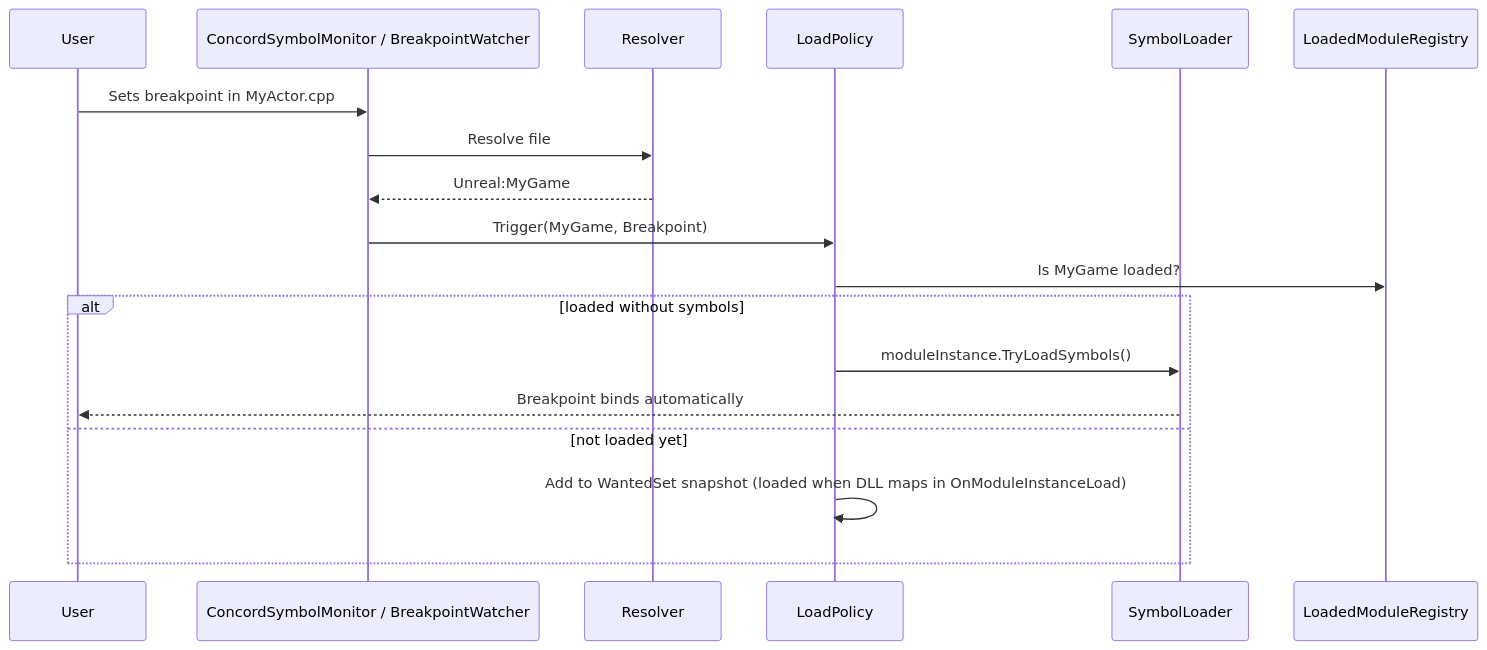
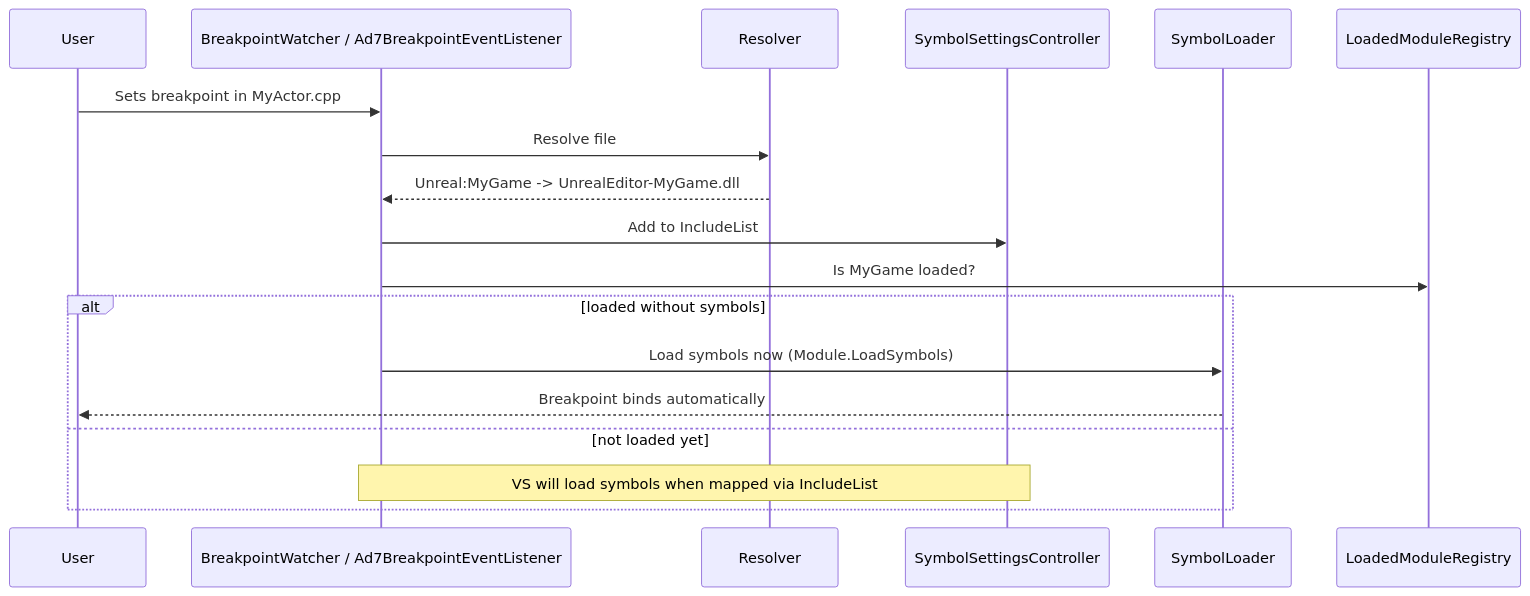
Before and after one commit to mattshepcar/VSOnDemandSymbols: the third of 3 diagrams in docs/ARCHITECTURE.md, drawn with Mermaid. The commit also changed other lines of this file and 8 other files, not shown here.

Commit message:
docs: simplify architecture and plan per D-20 (drop MRU and pinning)

````diff
--- a/docs/ARCHITECTURE.md
+++ b/docs/ARCHITECTURE.md
@@ -131,20 +125,20 @@
 ```mermaid
 sequenceDiagram
     participant U as User
-    participant C as ConcordSymbolMonitor / BreakpointWatcher
+    participant BW as BreakpointWatcher / Ad7BreakpointEventListener
     participant R as Resolver
-    participant P as LoadPolicy
+    participant S as SymbolSettingsController
     participant L as SymbolLoader
     participant M as LoadedModuleRegistry
-    U->>C: Sets breakpoint in MyActor.cpp
-    C->>R: Resolve file
-    R-->>C: Unreal:MyGame
-    C->>P: Trigger(MyGame, Breakpoint)
-    P->>M: Is MyGame loaded?
+    U->>BW: Sets breakpoint in MyActor.cpp
+    BW->>R: Resolve file
+    R-->>BW: Unreal:MyGame -> UnrealEditor-MyGame.dll
+    BW->>S: Add to IncludeList
+    BW->>M: Is MyGame loaded?
     alt loaded without symbols
-        P->>L: moduleInstance.TryLoadSymbols()
+        BW->>L: Load symbols now (Module.LoadSymbols)
         L-->>U: Breakpoint binds automatically
     else not loaded yet
-        P->>P: Add to WantedSet snapshot (loaded when DLL maps in OnModuleInstanceLoad)
+        Note over BW,S: VS will load symbols when mapped via IncludeList
     end
 ```
````
